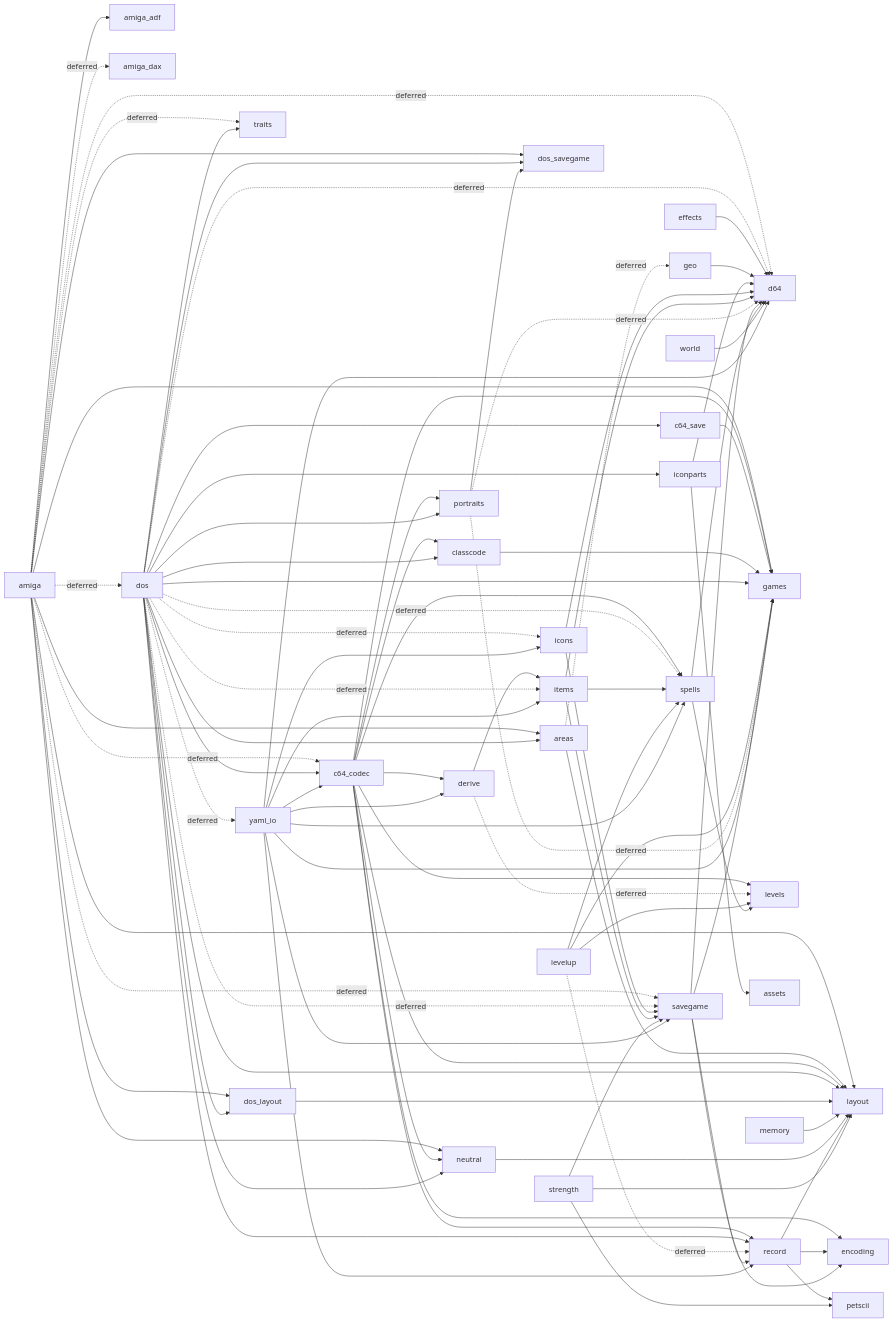
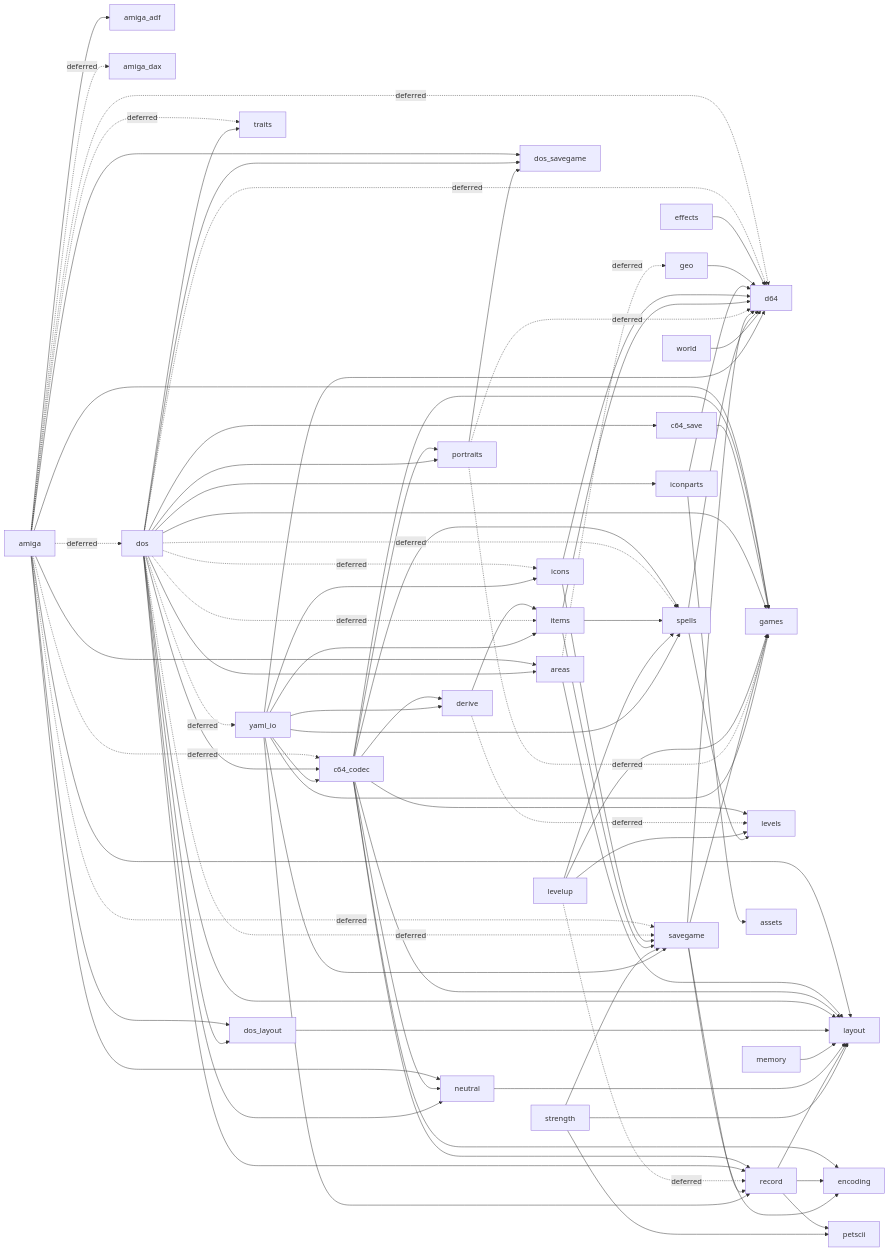
One commit to malcyon/wish changed the fourth of 4 diagrams in docs/117-save-conversion.md. Above: the diagram before and after it, drawn with Mermaid.

Commit message:
Draw the import graph from a clean checkout, since generating it in a shared tree baked another agent's unfinished module into it (#315)
Claude-Session: https://claude.ai/code/session_016y61KCQqqTKWNATWqqTX5e

```diff
--- a/docs/117-save-conversion.md
+++ b/docs/117-save-conversion.md
@@ -1870,7 +1870,6 @@
   amiga -.->|deferred| traits
   areas -.->|deferred| geo
   areas --> layout
-  c64_codec --> classcode
   c64_codec --> derive
   c64_codec --> encoding
   c64_codec --> games
@@ -1881,13 +1880,11 @@
   c64_codec --> record
   c64_codec --> spells
   c64_save --> games
-  classcode --> games
   derive --> items
   derive -.->|deferred| levels
   dos --> areas
   dos --> c64_codec
   dos --> c64_save
-  dos --> classcode
   dos -.->|deferred| d64
   dos --> dos_layout
   dos --> dos_savegame
```
